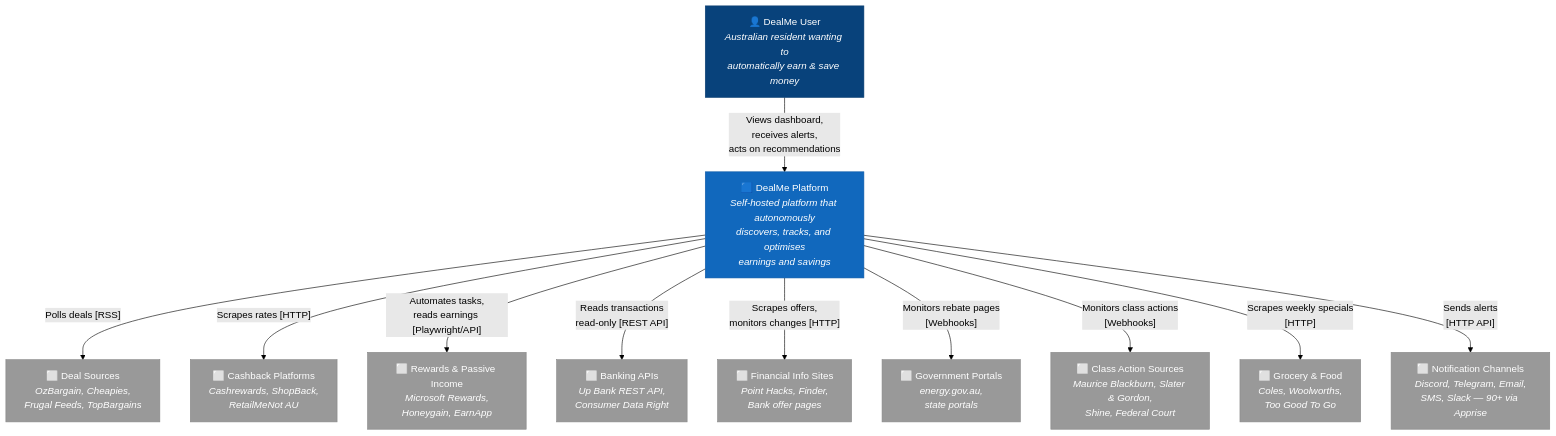
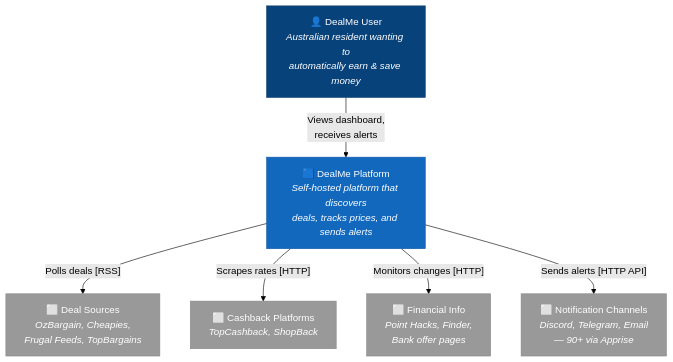
Before and after one commit to abhishekmandhare/Dealme: the first of 7 diagrams in docs/ARCHITECTURE.md, drawn with Mermaid (forest theme). The commit also changed other lines of this file and 3 other files, not shown here.

````diff
--- a/docs/ARCHITECTURE.md
+++ b/docs/ARCHITECTURE.md
@@ -11,40 +9,25 @@
 ```mermaid
 graph TB
     User["👤 DealMe User<br/><i>Australian resident wanting to<br/>automatically earn & save money</i>"]
 
-    DealMe["🟦 DealMe Platform<br/><i>Self-hosted platform that autonomously<br/>discovers, tracks, and optimises<br/>earnings and savings</i>"]
+    DealMe["🟦 DealMe Platform<br/><i>Self-hosted platform that discovers<br/>deals, tracks prices, and sends alerts</i>"]
 
     Deals["⬜ Deal Sources<br/><i>OzBargain, Cheapies,<br/>Frugal Feeds, TopBargains</i>"]
-    Cashback["⬜ Cashback Platforms<br/><i>Cashrewards, ShopBack,<br/>RetailMeNot AU</i>"]
-    Rewards["⬜ Rewards & Passive Income<br/><i>Microsoft Rewards,<br/>Honeygain, EarnApp</i>"]
-    Banking["⬜ Banking APIs<br/><i>Up Bank REST API,<br/>Consumer Data Right</i>"]
-    FinInfo["⬜ Financial Info Sites<br/><i>Point Hacks, Finder,<br/>Bank offer pages</i>"]
-    Govt["⬜ Government Portals<br/><i>energy.gov.au,<br/>state portals</i>"]
-    Legal["⬜ Class Action Sources<br/><i>Maurice Blackburn, Slater & Gordon,<br/>Shine, Federal Court</i>"]
-    Grocery["⬜ Grocery & Food<br/><i>Coles, Woolworths,<br/>Too Good To Go</i>"]
-    Notif["⬜ Notification Channels<br/><i>Discord, Telegram, Email,<br/>SMS, Slack — 90+ via Apprise</i>"]
+    Cashback["⬜ Cashback Platforms<br/><i>TopCashback, ShopBack</i>"]
+    FinInfo["⬜ Financial Info<br/><i>Point Hacks, Finder,<br/>Bank offer pages</i>"]
+    Notif["⬜ Notification Channels<br/><i>Discord, Telegram, Email<br/>— 90+ via Apprise</i>"]
 
-    User -->|"Views dashboard,<br/>receives alerts,<br/>acts on recommendations"| DealMe
+    User -->|"Views dashboard,<br/>receives alerts"| DealMe
 
     DealMe -->|"Polls deals [RSS]"| Deals
     DealMe -->|"Scrapes rates [HTTP]"| Cashback
-    DealMe -->|"Automates tasks,<br/>reads earnings [Playwright/API]"| Rewards
-    DealMe -->|"Reads transactions<br/>read-only [REST API]"| Banking
-    DealMe -->|"Scrapes offers,<br/>monitors changes [HTTP]"| FinInfo
-    DealMe -->|"Monitors rebate pages<br/>[Webhooks]"| Govt
-    DealMe -->|"Monitors class actions<br/>[Webhooks]"| Legal
-    DealMe -->|"Scrapes weekly specials<br/>[HTTP]"| Grocery
-    DealMe -->|"Sends alerts<br/>[HTTP API]"| Notif
+    DealMe -->|"Monitors changes [HTTP]"| FinInfo
+    DealMe -->|"Sends alerts [HTTP API]"| Notif
 
     style DealMe fill:#1168BD,stroke:#0E5AA7,color:#fff
     style User fill:#08427B,stroke:#073B6F,color:#fff
     style Deals fill:#999,stroke:#888,color:#fff
     style Cashback fill:#999,stroke:#888,color:#fff
-    style Rewards fill:#999,stroke:#888,color:#fff
-    style Banking fill:#999,stroke:#888,color:#fff
     style FinInfo fill:#999,stroke:#888,color:#fff
-    style Govt fill:#999,stroke:#888,color:#fff
-    style Legal fill:#999,stroke:#888,color:#fff
-    style Grocery fill:#999,stroke:#888,color:#fff
     style Notif fill:#999,stroke:#888,color:#fff
 ```
````
